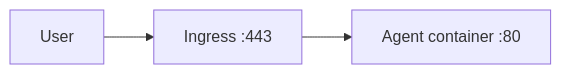
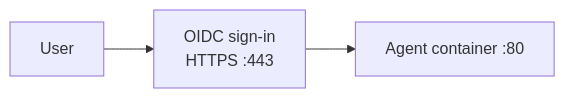
Before and after one commit to astropods/astro-cli: the second of 2 diagrams in docs-public/fern/docs/pages/frontend-agents.mdx, drawn with Mermaid. The commit also changed other lines of this file and 40 other files, not shown here.

````diff
--- a/docs-public/fern/docs/pages/frontend-agents.mdx
+++ b/docs-public/fern/docs/pages/frontend-agents.mdx
@@ -26,4 +32,4 @@
 ```mermaid
 flowchart LR
-    D[User] --> E[Ingress :443] --> F[Agent container :80]
+    D[User] --> E[OIDC sign-in<br/>HTTPS :443] --> F[Agent container :80]
 ```
````
